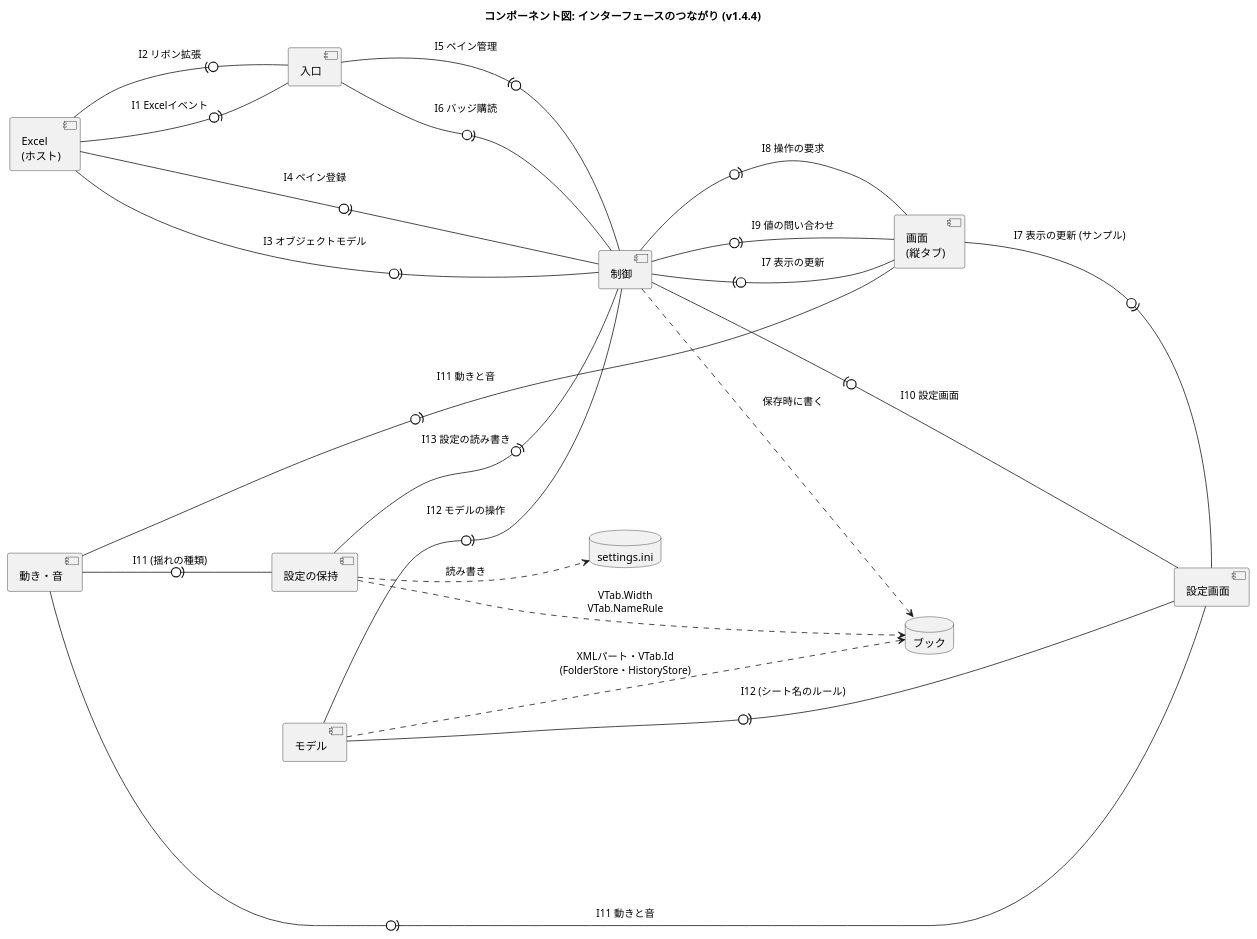
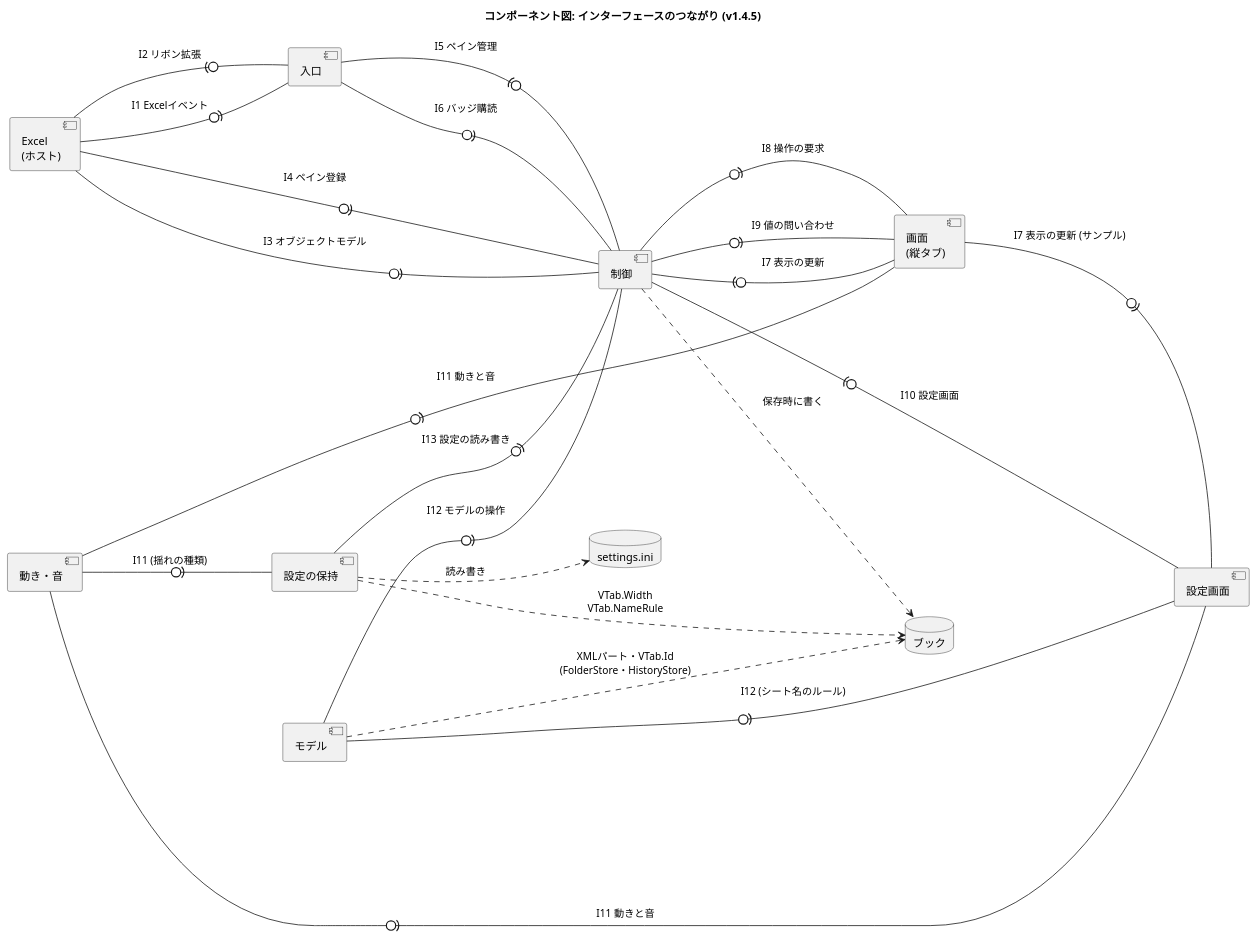
One commit to nk-taka623/VerticalSheetTabs changed the diagram in docs/component-interface.puml. Above: the diagram before and after it, drawn with PlantUML. The commit also changed 14 other files, not shown here.

Commit message:
v1.4.5 にする (バージョン、README の変更点、設計図の版数)

```diff
--- a/docs/component-interface.puml
+++ b/docs/component-interface.puml
@@ -1,43 +1,43 @@
 @startuml
-title コンポーネント図: インターフェースのつながり (v1.4.4)
+title コンポーネント図: インターフェースのつながり (v1.4.5)
 left to right direction
 skinparam componentStyle uml2
 skinparam shadowing false
 skinparam nodesep 50
 skinparam ranksep 110
 
 component "Excel\n(ホスト)" as HOST
 component "入口" as ENTRY
 component "制御" as CTRL
 component "画面\n(縦タブ)" as VIEW
 component "設定画面" as SETTINGS
 component "動き・音" as FX
 component "モデル" as MODEL
 component "設定の保持" as CONFIG
 database "ブック" as BOOK
 database "settings.ini" as INI
 
 ' 「提供側 -0)- 利用側」: 丸が提供するインターフェース、受け口が利用 (I1 から I13 は、DEVELOPMENT.md の表)
 HOST -0)- ENTRY : I1 Excelイベント
 ENTRY -0)- HOST : I2 リボン拡張
 HOST -0)- CTRL : I3 オブジェクトモデル
 HOST -0)- CTRL : I4 ペイン登録
 CTRL -0)- ENTRY : I5 ペイン管理
 ENTRY -0)- CTRL : I6 バッジ購読
 VIEW -0)- CTRL : I7 表示の更新
 CTRL -0)- VIEW : I8 操作の要求
 CTRL -0)- VIEW : I9 値の問い合わせ
 SETTINGS -0)- CTRL : I10 設定画面
 VIEW -0)- SETTINGS : I7 表示の更新 (サンプル)
 FX -0)- VIEW : I11 動きと音
 FX -0)- SETTINGS : I11 動きと音
 FX -0)- CONFIG : I11 (揺れの種類)
 MODEL -0)- CTRL : I12 モデルの操作
 MODEL -0)- SETTINGS : I12 (シート名のルール)
 CONFIG -0)- CTRL : I13 設定の読み書き
 
 CTRL ..> BOOK : 保存時に書く
 MODEL ..> BOOK : XMLパート・VTab.Id\n(FolderStore・HistoryStore)
 CONFIG ..> BOOK : VTab.Width\nVTab.NameRule
 CONFIG ..> INI : 読み書き
 @enduml
```
